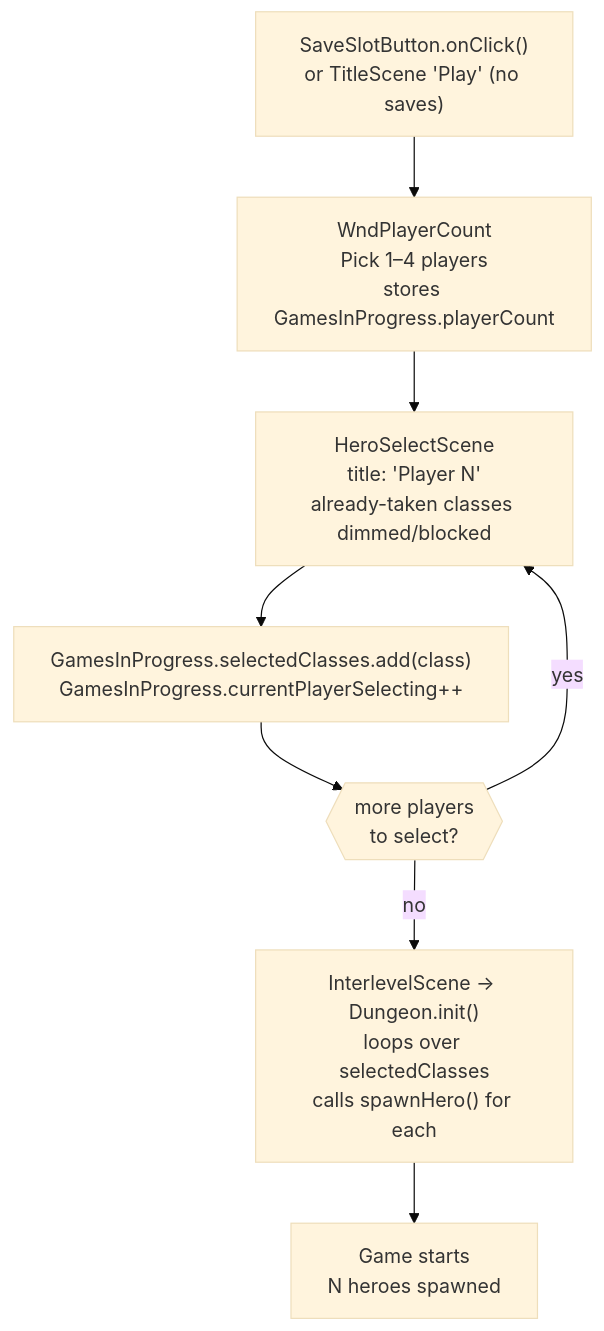
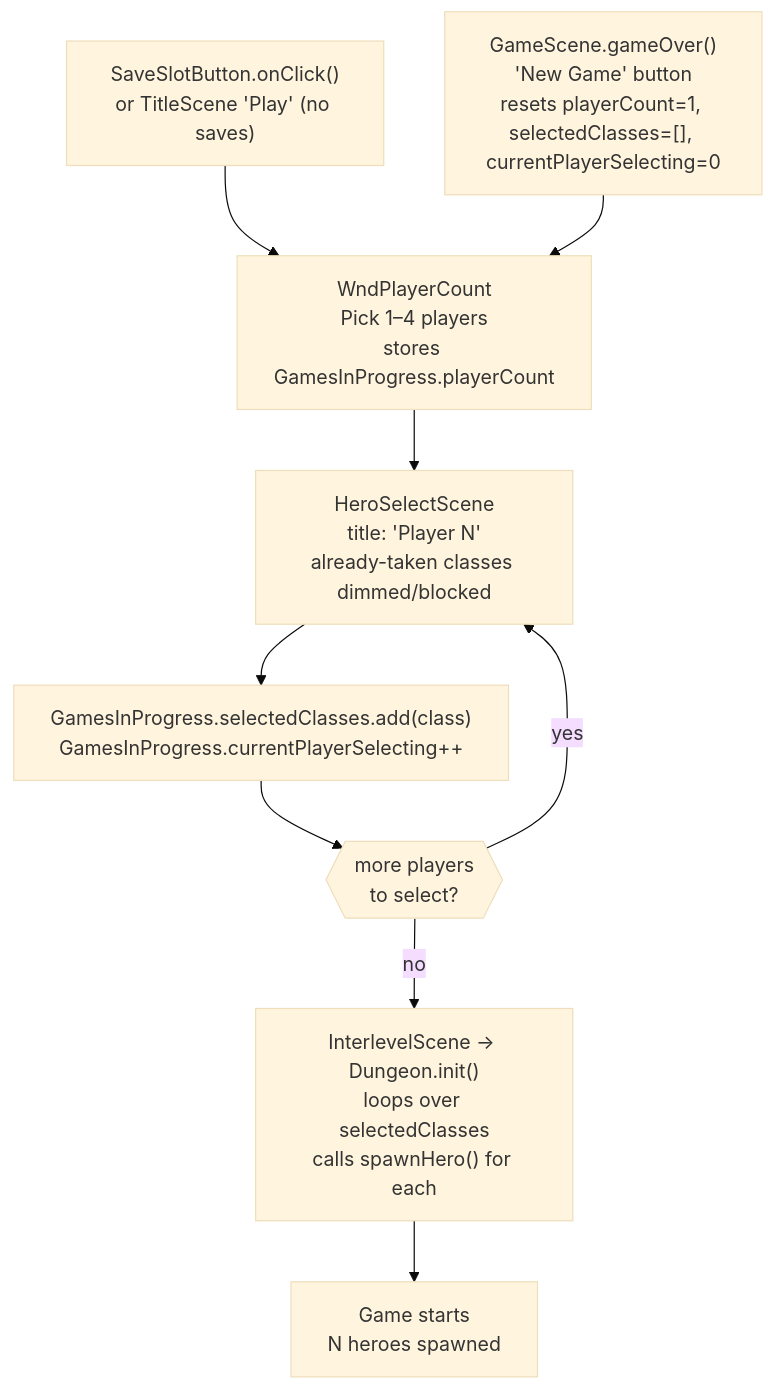
The diagram in docs/docs/multiplayer-hero-selection-ui.md (lewibs/shattered-pixel-dungeon-multiplayer), drawn with Mermaid (base theme) before and after one commit. The commit also changed other lines of this file and 5 other files, not shown here.

First line of the commit message:
fix(game-scene): reset multiplayer state on gameover restart

````diff
--- a/docs/docs/multiplayer-hero-selection-ui.md
+++ b/docs/docs/multiplayer-hero-selection-ui.md
@@ -13,18 +13,20 @@
 ```mermaid
 flowchart TD
   Slot["SaveSlotButton.onClick()\nor TitleScene 'Play' (no saves)"]
+  GameOver["GameScene.gameOver()\n'New Game' button\nresets playerCount=1, selectedClasses=[], currentPlayerSelecting=0"]
   Count["WndPlayerCount\nPick 1–4 players\nstores GamesInProgress.playerCount"]
   HS["HeroSelectScene\ntitle: 'Player N'\nalready-taken classes dimmed/blocked"]
   Store["GamesInProgress.selectedClasses.add(class)\nGamesInProgress.currentPlayerSelecting++"]
   More{{"more players\nto select?"}}
   Init["InterlevelScene → Dungeon.init()\nloops over selectedClasses\ncalls spawnHero() for each"]
   Game["Game starts\nN heroes spawned"]
 
   Slot --> Count
+  GameOver --> Count
   Count --> HS
   HS --> Store
   Store --> More
   More -->|"yes"| HS
   More -->|"no"| Init
   Init --> Game
 ```
````
